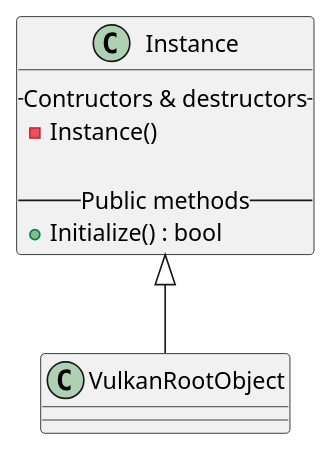
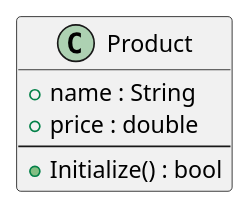
The diagram in UML/Instance.puml (PJMPR/lab03-intruduction-to-classes), drawn with PlantUML before and after one commit. The commit also changed 1 other file, not shown here.

```diff
--- a/UML/Instance.puml
+++ b/UML/Instance.puml
@@ -1,13 +1,11 @@
 @startuml test
 
-Instance <|-- VulkanRootObject
 
-class Instance {
-    -- Contructors & destructors --
-    - Instance()
-    
-    -- Public methods --
+class Product {
+    + name : String
+    + price : double
+    --
     + Initialize() : bool
 }
 
 @enduml
```
